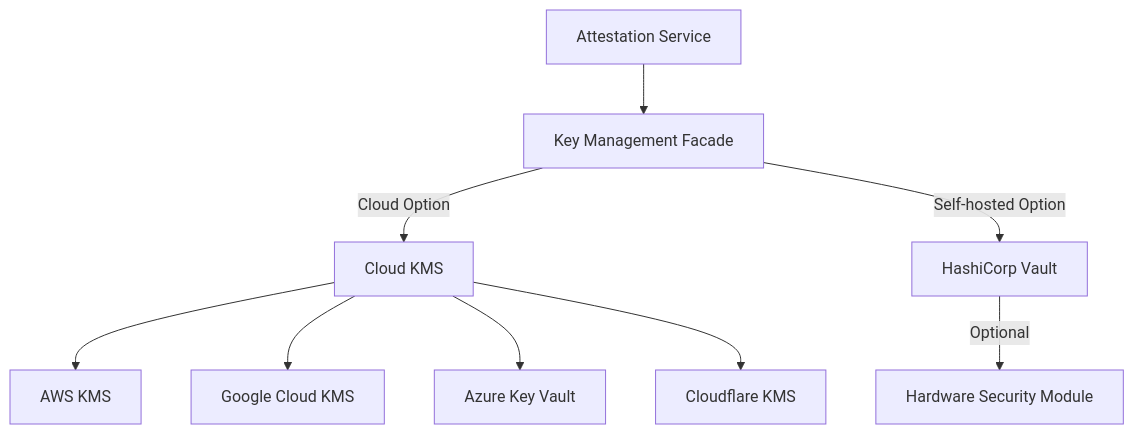
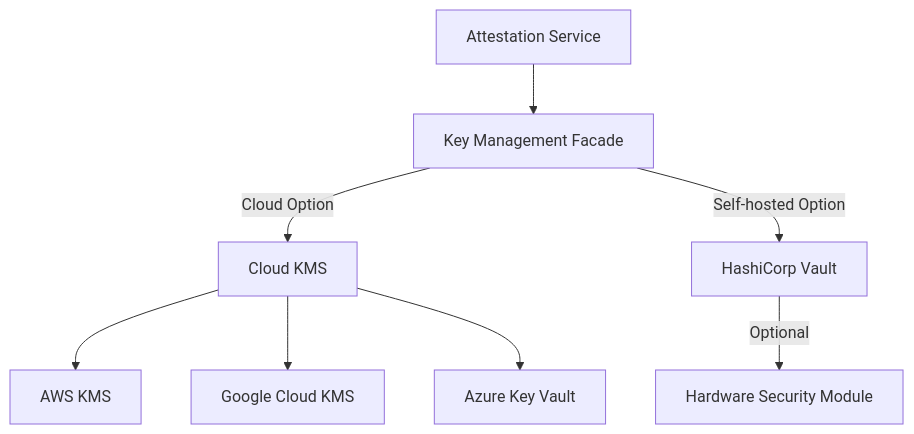
The fourth of 9 diagrams in ARCHITECTURE.md (seal-codes/webapp), drawn with Mermaid before and after one commit. The commit also changed other lines of this file and 1 other file, not shown here.

````diff
--- a/ARCHITECTURE.md
+++ b/ARCHITECTURE.md
@@ -162,11 +171,10 @@
 ```mermaid
 flowchart TD
     A[Attestation Service] --> B[Key Management Facade]
     B -->|Cloud Option| C[Cloud KMS]
     B -->|Self-hosted Option| D[HashiCorp Vault]
     D -->|Optional| E[Hardware Security Module]
     C --> F[AWS KMS]
     C --> G[Google Cloud KMS]
     C --> H[Azure Key Vault]
-    C --> I[Cloudflare KMS]
 ```
````
